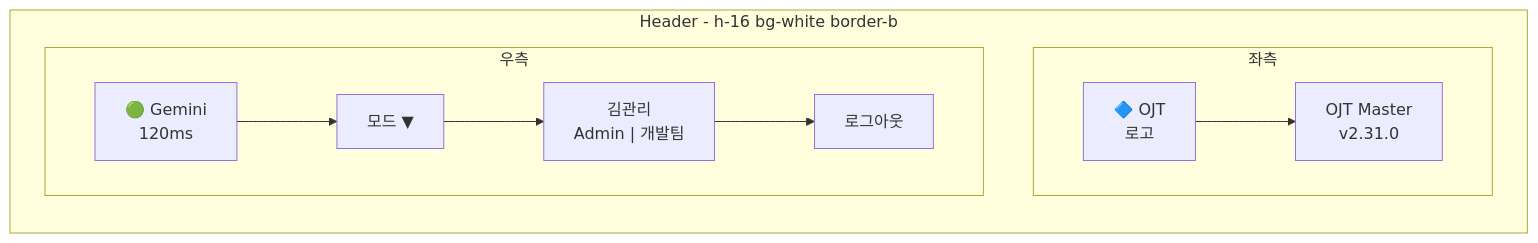
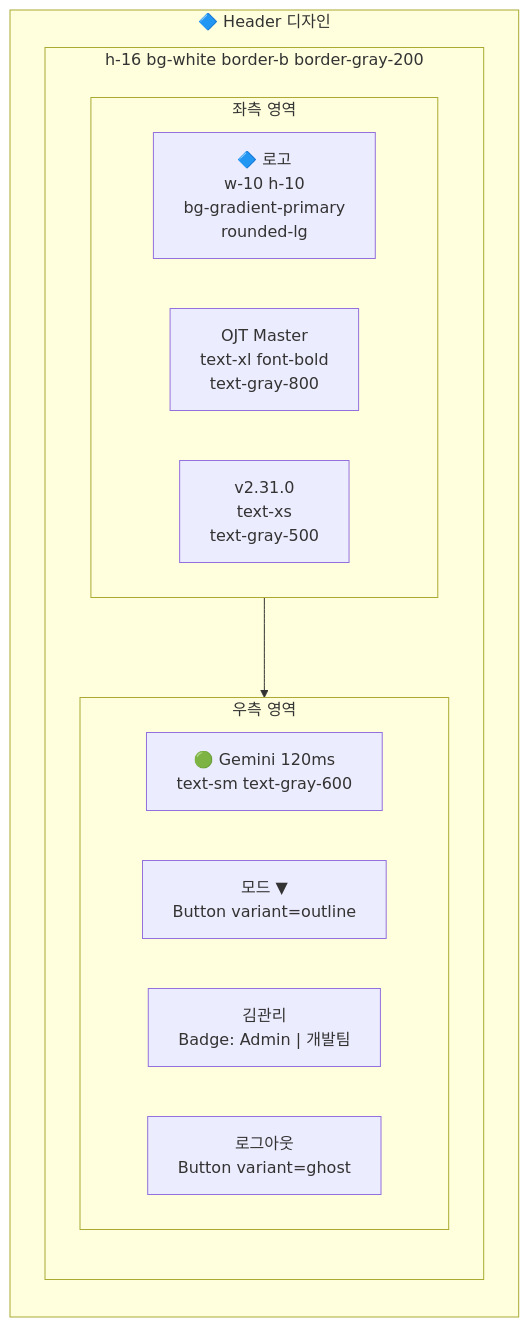
The fifth of 13 diagrams in tasks/prds/PRD-0015-ui-redesign-shadcn.md (garimto81/ggp-ojt-v2), drawn with Mermaid before and after one commit. The commit also changed other lines of this file, not shown here.

First line of the commit message:
docs(prd): PRD-0015 컬러 톤앤매너 + 세로 워크플로우 추가

````diff
--- a/tasks/prds/PRD-0015-ui-redesign-shadcn.md
+++ b/tasks/prds/PRD-0015-ui-redesign-shadcn.md
@@ -120,19 +340,25 @@
 ```mermaid
-graph LR
-    subgraph Header["Header - h-16 bg-white border-b"]
-        subgraph Left["좌측"]
-            Logo["🔷 OJT<br/>로고"]
-            Title["OJT Master<br/>v2.31.0"]
-        end
+graph TB
+    subgraph HeaderDesign["🔷 Header 디자인"]
+        direction TB
 
-        subgraph Right["우측"]
-            AI["🟢 Gemini<br/>120ms"]
-            Mode["모드 ▼"]
-            User["김관리<br/>Admin | 개발팀"]
-            Logout["로그아웃"]
+        subgraph Container["h-16 bg-white border-b border-gray-200"]
+            direction TB
+
+            subgraph Left["좌측 영역"]
+                Logo["🔷 로고<br/>w-10 h-10<br/>bg-gradient-primary<br/>rounded-lg"]
+                Title["OJT Master<br/>text-xl font-bold<br/>text-gray-800"]
+                Version["v2.31.0<br/>text-xs<br/>text-gray-500"]
+            end
+
+            subgraph Right["우측 영역"]
+                AIStatus["🟢 Gemini 120ms<br/>text-sm text-gray-600"]
+                ModeBtn["모드 ▼<br/>Button variant=outline"]
+                UserInfo["김관리<br/>Badge: Admin | 개발팀"]
+                LogoutBtn["로그아웃<br/>Button variant=ghost"]
+            end
         end
     end
 
-    Logo --> Title
-    AI --> Mode --> User --> Logout
+    Left --> Right
 ```
````
